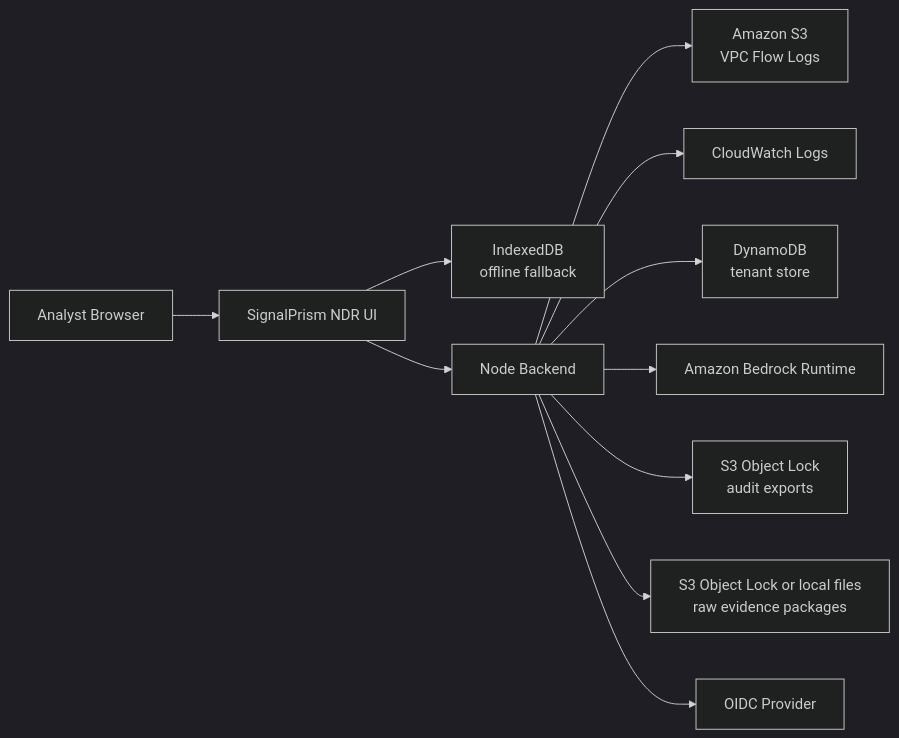
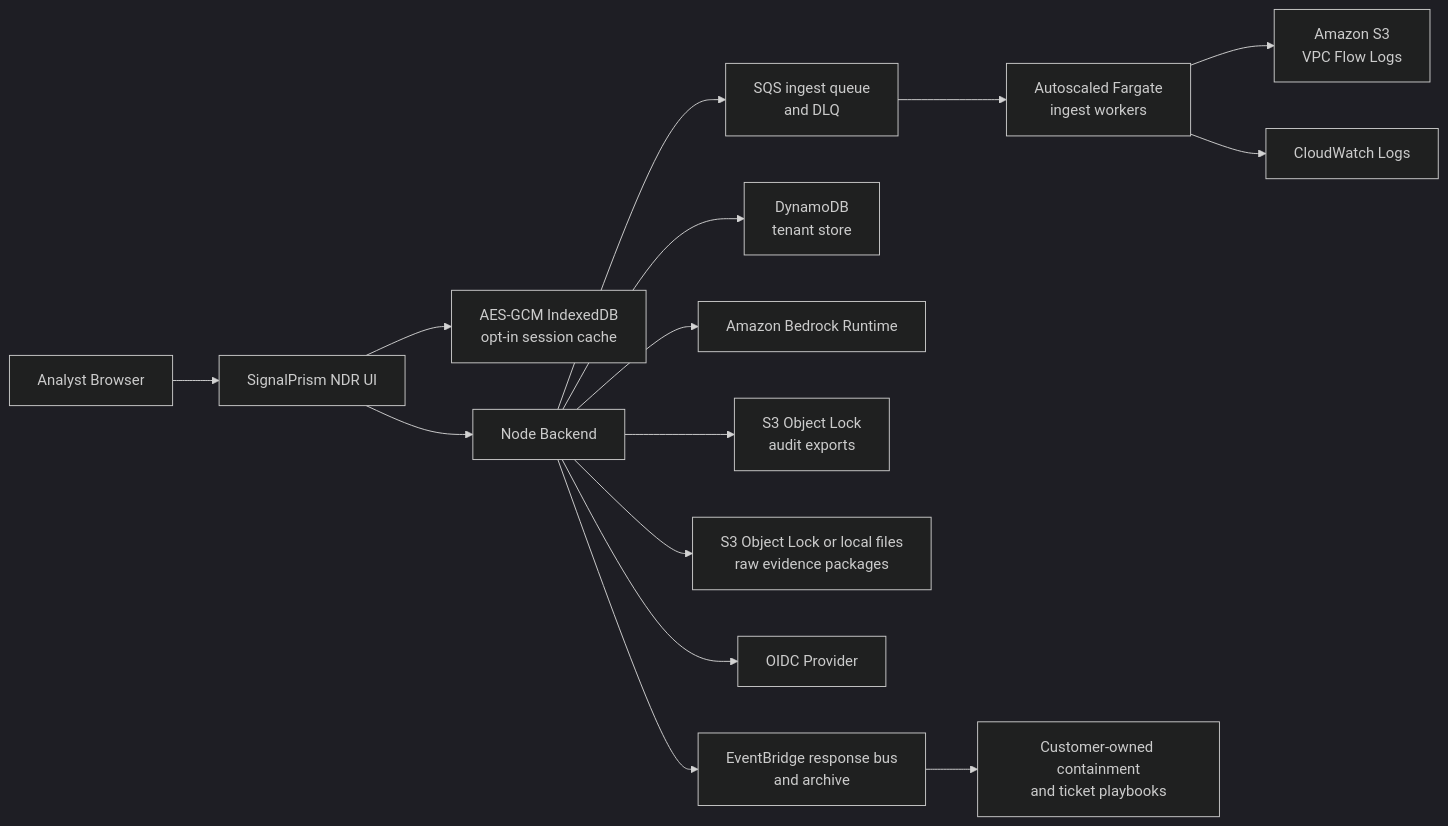
The first of 2 diagrams in docs/ARCHITECTURE.md (jaysonguglietta/SignalPrismNDR), drawn with Mermaid (dark theme) before and after one commit. The commit also changed other lines of this file and 74 other files, not shown here.

````diff
--- a/docs/ARCHITECTURE.md
+++ b/docs/ARCHITECTURE.md
@@ -7,13 +7,17 @@
 ```mermaid
 flowchart LR
   Analyst["Analyst Browser"] --> UI["SignalPrism NDR UI"]
-  UI --> IDB["IndexedDB<br>offline fallback"]
+  UI --> IDB["AES-GCM IndexedDB<br>opt-in session cache"]
   UI --> API["Node Backend"]
-  API --> S3["Amazon S3<br>VPC Flow Logs"]
-  API --> CW["CloudWatch Logs"]
+  API --> Queue["SQS ingest queue<br>and DLQ"]
+  Queue --> Worker["Autoscaled Fargate<br>ingest workers"]
+  Worker --> S3["Amazon S3<br>VPC Flow Logs"]
+  Worker --> CW["CloudWatch Logs"]
   API --> DDB["DynamoDB<br>tenant store"]
   API --> BR["Amazon Bedrock Runtime"]
   API --> Audit["S3 Object Lock<br>audit exports"]
   API --> Evidence["S3 Object Lock or local files<br>raw evidence packages"]
   API --> OIDC["OIDC Provider"]
+  API --> Bus["EventBridge response bus<br>and archive"]
+  Bus --> Automation["Customer-owned containment<br>and ticket playbooks"]
 ```
````
